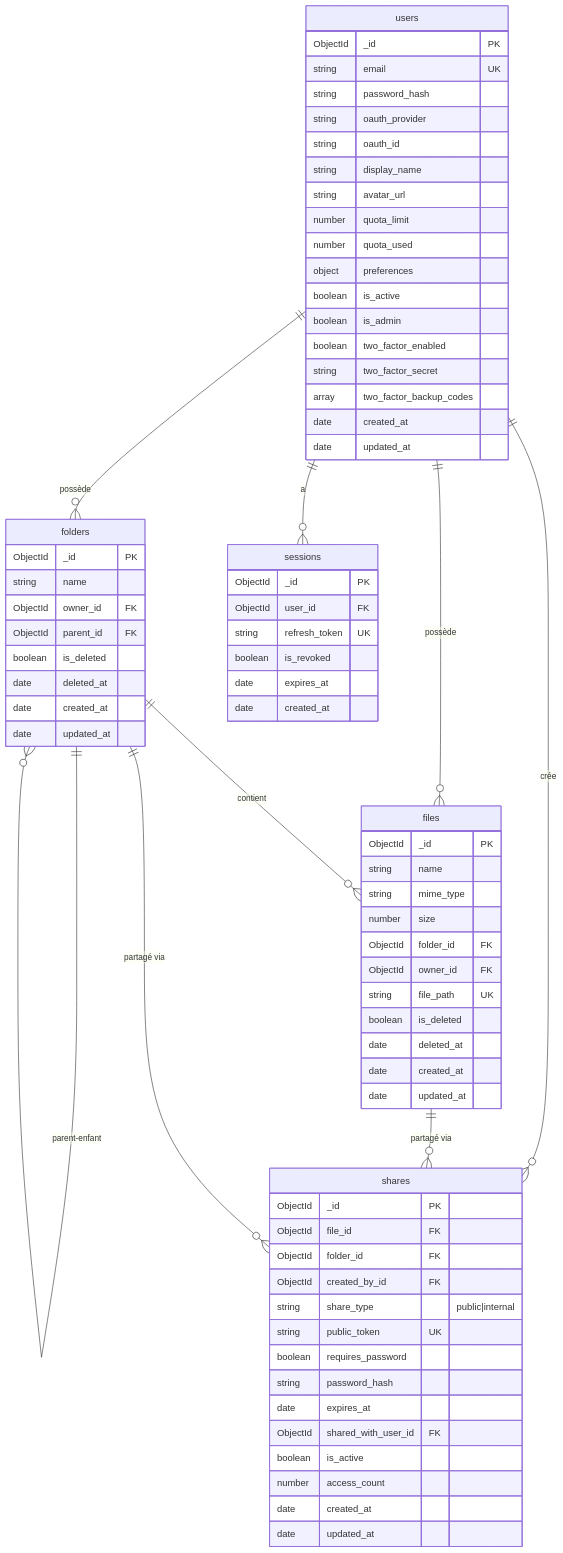
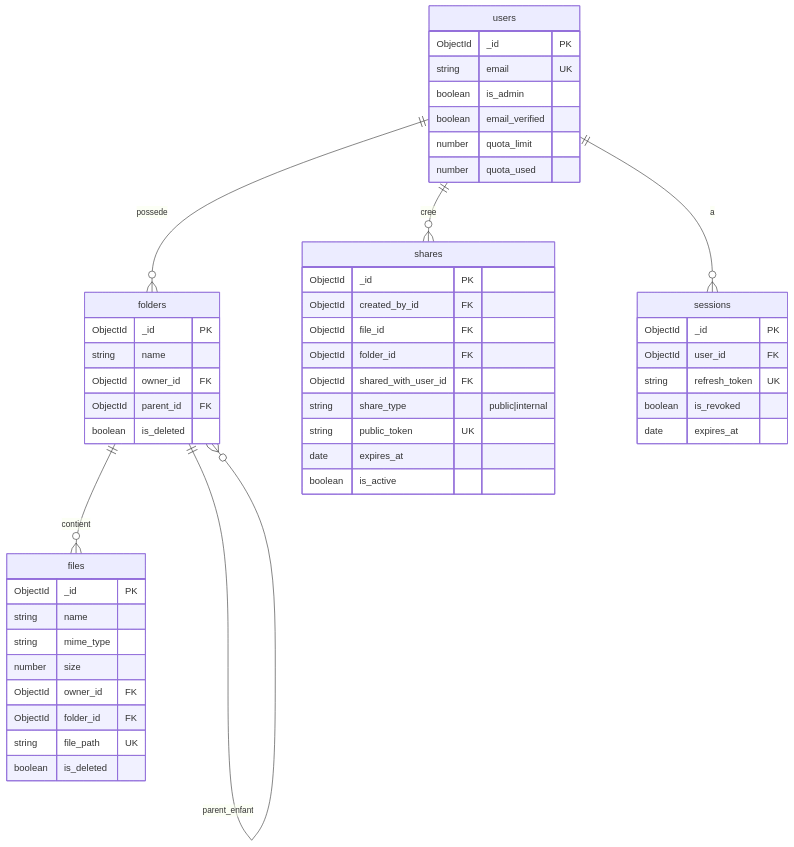
The fifth of 5 diagrams in docs/DIAGRAMMES_UML.md (Elie224/SUPFile), drawn with Mermaid before and after one commit. The commit also changed other lines of this file, not shown here.

Commit message:
docs: simplify ER schema diagram

````diff
--- a/docs/DIAGRAMMES_UML.md
+++ b/docs/DIAGRAMMES_UML.md
@@ -264,34 +264,18 @@
 ```mermaid
 erDiagram
-    users ||--o{ folders : "possède"
-    users ||--o{ files : "possède"
-    users ||--o{ shares : "crée"
+    users ||--o{ folders : "possede"
+    folders ||--o{ folders : "parent_enfant"
+    folders ||--o{ files : "contient"
+    users ||--o{ shares : "cree"
     users ||--o{ sessions : "a"
-
-    folders ||--o{ folders : "parent-enfant"
-    folders ||--o{ files : "contient"
-
-    files ||--o{ shares : "partagé via"
-    folders ||--o{ shares : "partagé via"
 
     users {
         ObjectId _id PK
         string email UK
-        string password_hash
-        string oauth_provider
-        string oauth_id
-        string display_name
-        string avatar_url
+        boolean is_admin
+        boolean email_verified
         number quota_limit
         number quota_used
-        object preferences
-        boolean is_active
-        boolean is_admin
-        boolean two_factor_enabled
-        string two_factor_secret
-        array two_factor_backup_codes
-        date created_at
-        date updated_at
     }
 
     folders {
@@ -300,9 +284,6 @@
         ObjectId owner_id FK
         ObjectId parent_id FK
         boolean is_deleted
-        date deleted_at
-        date created_at
-        date updated_at
     }
 
     files {
@@ -310,30 +291,22 @@
         string name
         string mime_type
         number size
+        ObjectId owner_id FK
         ObjectId folder_id FK
-        ObjectId owner_id FK
         string file_path UK
         boolean is_deleted
-        date deleted_at
-        date created_at
-        date updated_at
     }
 
     shares {
         ObjectId _id PK
+        ObjectId created_by_id FK
         ObjectId file_id FK
         ObjectId folder_id FK
-        ObjectId created_by_id FK
+        ObjectId shared_with_user_id FK
         string share_type "public|internal"
         string public_token UK
-        boolean requires_password
-        string password_hash
         date expires_at
-        ObjectId shared_with_user_id FK
         boolean is_active
-        number access_count
-        date created_at
-        date updated_at
     }
 
     sessions {
@@ -342,6 +315,5 @@
         string refresh_token UK
         boolean is_revoked
         date expires_at
-        date created_at
     }
 ```
````
